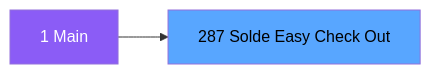
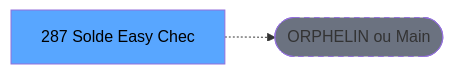
The second of 3 diagrams in .openspec/specs/ADH-IDE-287.md (thonyAGP/lecteur-magic), drawn with Mermaid before and after one commit. The commit also changed other lines of this file and 701 other files, not shown here.

````diff
--- a/.openspec/specs/ADH-IDE-287.md
+++ b/.openspec/specs/ADH-IDE-287.md
@@ -149,8 +137,8 @@
 ```mermaid
 graph LR
-    M[1 Main]
-    T[287 Solde Easy Check Out]
-    M --> T
-    style M fill:#8b5cf6,color:#fff
+    T[287 Solde Easy Chec]
+    ORPHAN([ORPHELIN ou Main])
+    T -.-> ORPHAN
     style T fill:#58a6ff,color:#000
+    style ORPHAN fill:#6b7280,stroke-dasharray: 5 5
 ```
````
